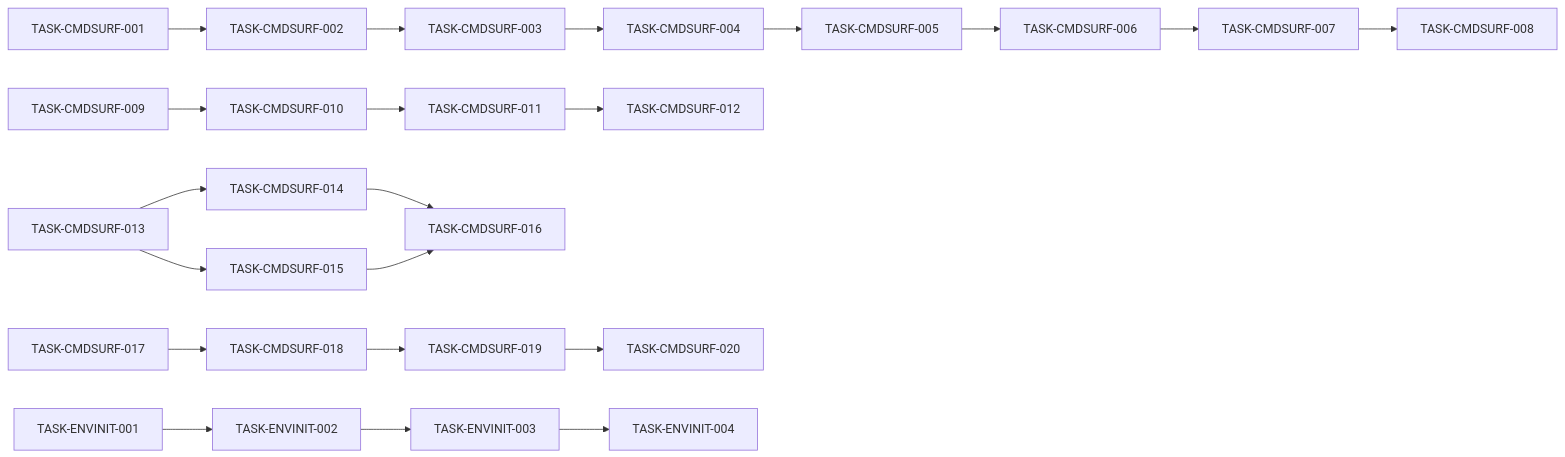
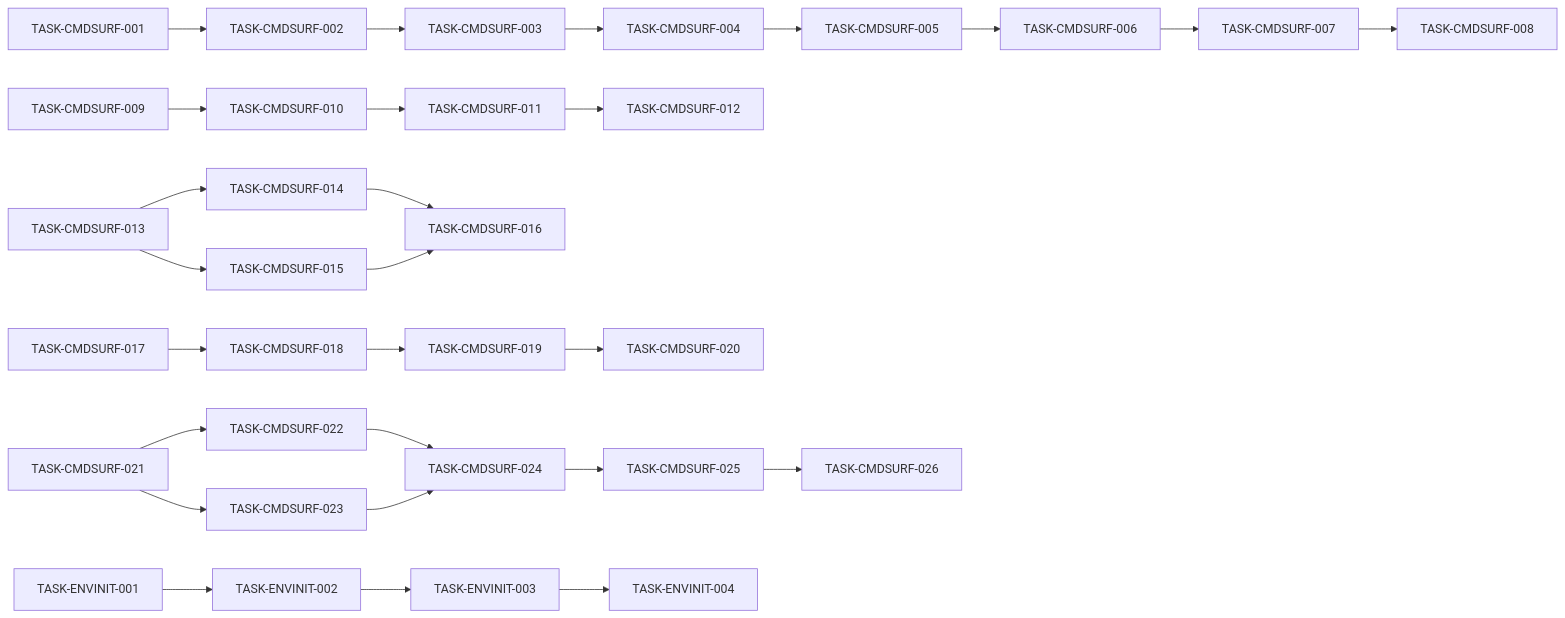
One commit to hollisyao2024/PromptsEngineering changed the diagram in docs/data/task-dependency-matrix.md. Above: the diagram before and after it, drawn with Mermaid. The commit also changed other lines of this file and 38 other files, not shown here.

````diff
--- a/docs/data/task-dependency-matrix.md
+++ b/docs/data/task-dependency-matrix.md
@@ -25,23 +31,29 @@
 ```mermaid
 flowchart LR
   T1[TASK-CMDSURF-001] --> T2[TASK-CMDSURF-002]
   T2 --> T3[TASK-CMDSURF-003]
   T3 --> T4[TASK-CMDSURF-004]
   T4 --> T5[TASK-CMDSURF-005]
   T5 --> T6[TASK-CMDSURF-006]
   T6 --> T7[TASK-CMDSURF-007]
   T7 --> T8[TASK-CMDSURF-008]
   C9[TASK-CMDSURF-009] --> C10[TASK-CMDSURF-010]
   C10 --> C11[TASK-CMDSURF-011]
   C11 --> C12[TASK-CMDSURF-012]
   C13[TASK-CMDSURF-013] --> C14[TASK-CMDSURF-014]
   C13 --> C15[TASK-CMDSURF-015]
   C14 --> C16[TASK-CMDSURF-016]
   C15 --> C16
   W17[TASK-CMDSURF-017] --> W18[TASK-CMDSURF-018]
   W18 --> W19[TASK-CMDSURF-019]
   W19 --> W20[TASK-CMDSURF-020]
+  H21[TASK-CMDSURF-021] --> H22[TASK-CMDSURF-022]
+  H21 --> H23[TASK-CMDSURF-023]
+  H22 --> H24[TASK-CMDSURF-024]
+  H23 --> H24
+  H24 --> H25[TASK-CMDSURF-025]
+  H25 --> H26[TASK-CMDSURF-026]
   E1[TASK-ENVINIT-001] --> E2[TASK-ENVINIT-002]
   E2 --> E3[TASK-ENVINIT-003]
   E3 --> E4[TASK-ENVINIT-004]
 ```
````
